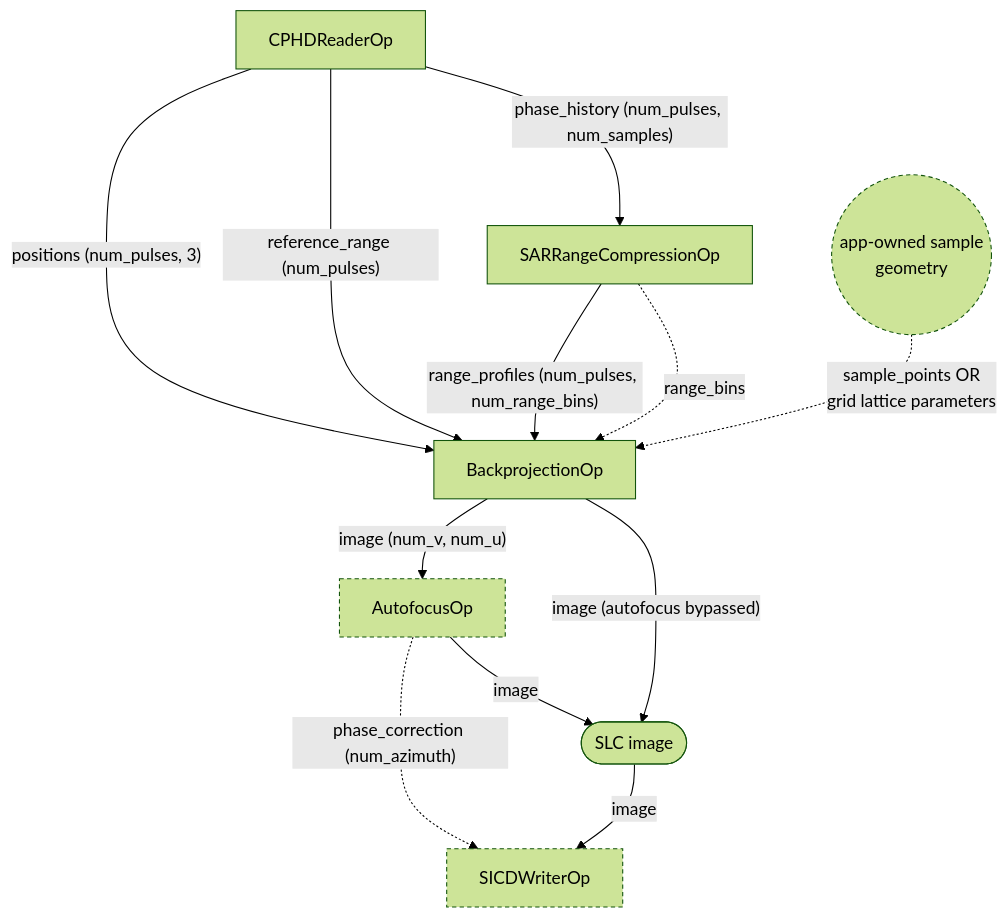
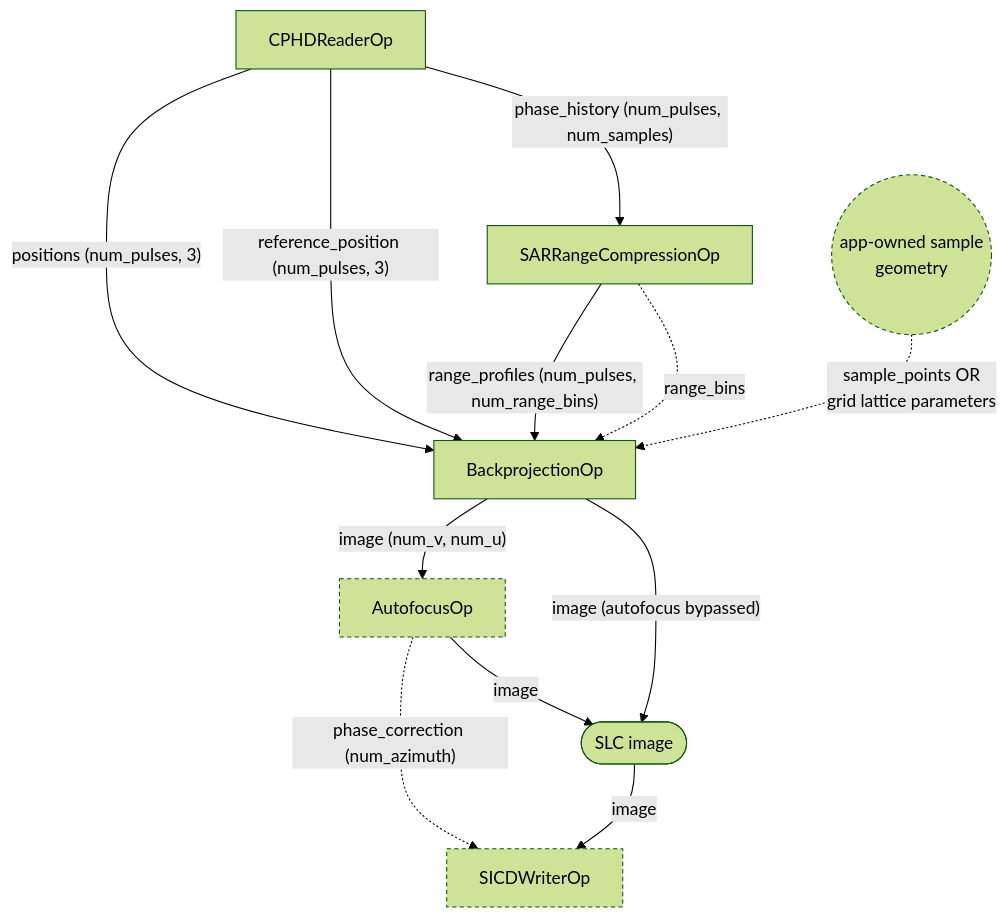
Before and after one commit to nvidia-holoscan/holoscan-radar: the first of 3 diagrams in docs/planning/SAR/WORKFLOWS.md, drawn with Mermaid (forest theme). The commit also changed other lines of this file and 2 other files, not shown here.

First line of the commit message:
Docs: Centre the SAR range axis and carry the reference as a position

````diff
--- a/docs/planning/SAR/WORKFLOWS.md
+++ b/docs/planning/SAR/WORKFLOWS.md
@@ -185,16 +185,16 @@
 ```mermaid
 flowchart TD
   classDef opt stroke-dasharray:4 3
   READ["CPHDReaderOp"] -->|"phase_history (num_pulses, num_samples)"| RC["SARRangeCompressionOp"]
   READ -->|"positions (num_pulses, 3)"| BP["BackprojectionOp"]
-  READ -->|"reference_range (num_pulses)"| BP
+  READ -->|"reference_position (num_pulses, 3)"| BP
   RC -->|"range_profiles (num_pulses, num_range_bins)"| BP
   RC -.->|"range_bins"| BP
   GEOM(("app-owned sample<br>geometry")) -.->|"sample_points OR<br>grid lattice parameters"| BP
   BP -->|"image (num_v, num_u)"| AF["AutofocusOp"]
   AF -->|"image"| SLC(["SLC image"])
   BP -->|"image (autofocus bypassed)"| SLC
   AF -.->|"phase_correction (num_azimuth)"| SICD["SICDWriterOp"]
   SLC -->|"image"| SICD
   class AF,GEOM,SICD opt
 ```
````
